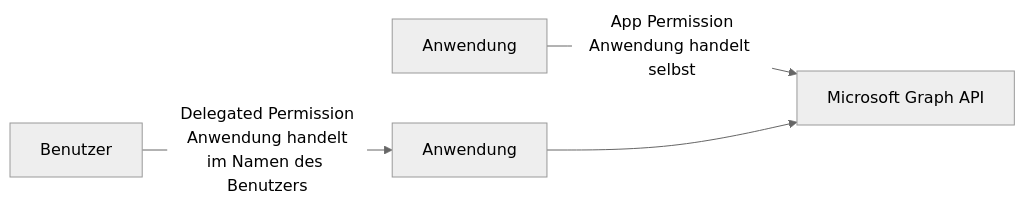
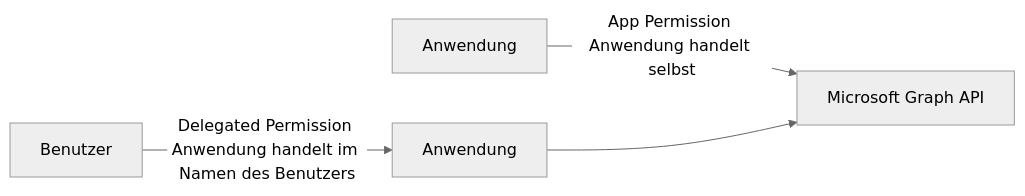
The sixth of 7 diagrams in Microsoft 365/Azure/Identität und Schlüssel/Microsoft Entra Workload ID.md (SoniiiT/notes-n-docs), drawn with Mermaid (neutral theme) before and after one commit. The commit also changed other lines of this file and 124 other files, not shown here.

First line of the commit message:
fix: Entferne \n aus allen Mermaid-Diagrammen (125 Dateien)

````diff
--- a/Microsoft 365/Azure/Identität und Schlüssel/Microsoft Entra Workload ID.md
+++ b/Microsoft 365/Azure/Identität und Schlüssel/Microsoft Entra Workload ID.md
@@ -280,6 +280,6 @@
 ```mermaid
 graph LR
-    APP[Anwendung] -->|App Permission\nAnwendung handelt selbst| GRAPH[Microsoft Graph API]
-    USER[Benutzer] -->|Delegated Permission\nAnwendung handelt\nim Namen des Benutzers| APP2[Anwendung]
+    APP[Anwendung] -->|App Permission Anwendung handelt selbst| GRAPH[Microsoft Graph API]
+    USER[Benutzer] -->|Delegated Permission Anwendung handelt im Namen des Benutzers| APP2[Anwendung]
     APP2 --> GRAPH
 ```
````
